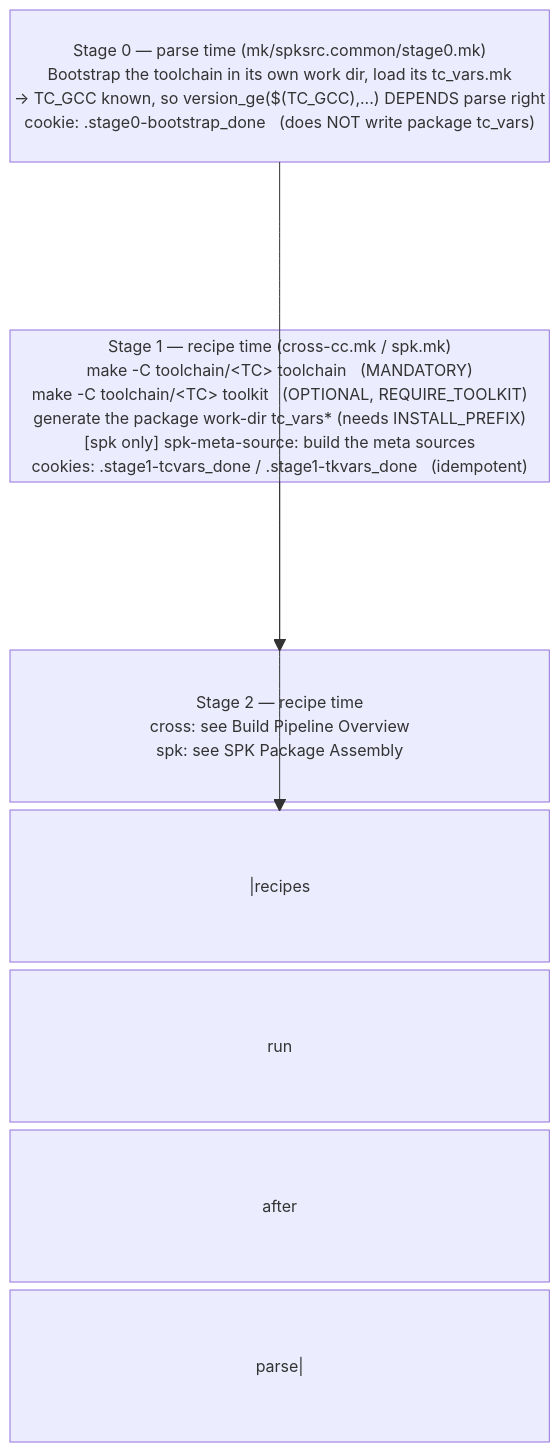
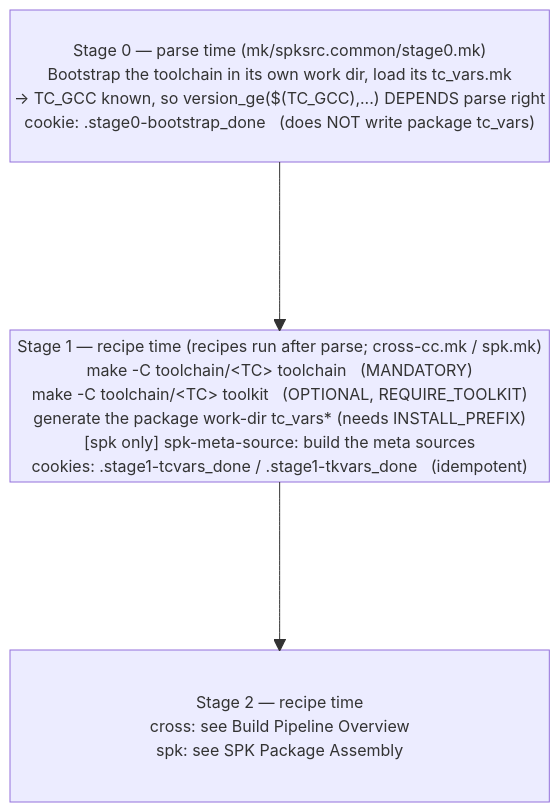
Before and after one commit to SynoCommunity/spksrc: the second of 3 diagrams in docs/framework/architecture.md, drawn with Mermaid.

Commit message:
Framework: Avoid edge label in Stage Pipeline diagram

````diff
--- a/docs/framework/architecture.md
+++ b/docs/framework/architecture.md
@@ -67,12 +67,12 @@
 ```mermaid
 block
   columns 1
   s0["Stage 0 — parse time (mk/spksrc.common/stage0.mk)<br>Bootstrap the toolchain in its own work dir, load its tc_vars.mk<br>→ TC_GCC known, so version_ge($(TC_GCC),...) DEPENDS parse right<br>cookie: .stage0-bootstrap_done &nbsp; (does NOT write package tc_vars)"]
   space
-  s1["Stage 1 — recipe time (cross-cc.mk / spk.mk)<br>make -C toolchain/&lt;TC&gt; toolchain &nbsp; (MANDATORY)<br>make -C toolchain/&lt;TC&gt; toolkit &nbsp; (OPTIONAL, REQUIRE_TOOLKIT)<br>generate the package work-dir tc_vars* (needs INSTALL_PREFIX)<br>[spk only] spk-meta-source: build the meta sources<br>cookies: .stage1-tcvars_done / .stage1-tkvars_done &nbsp; (idempotent)"]
+  s1["Stage 1 — recipe time (recipes run after parse; cross-cc.mk / spk.mk)<br>make -C toolchain/&lt;TC&gt; toolchain &nbsp; (MANDATORY)<br>make -C toolchain/&lt;TC&gt; toolkit &nbsp; (OPTIONAL, REQUIRE_TOOLKIT)<br>generate the package work-dir tc_vars* (needs INSTALL_PREFIX)<br>[spk only] spk-meta-source: build the meta sources<br>cookies: .stage1-tcvars_done / .stage1-tkvars_done &nbsp; (idempotent)"]
   space
   s2["Stage 2 — recipe time<br>cross: see Build Pipeline Overview<br>spk: see SPK Package Assembly"]
 
-  s0 -->|recipes run after parse| s1
+  s0 --> s1
   s1 --> s2
 ```
````
